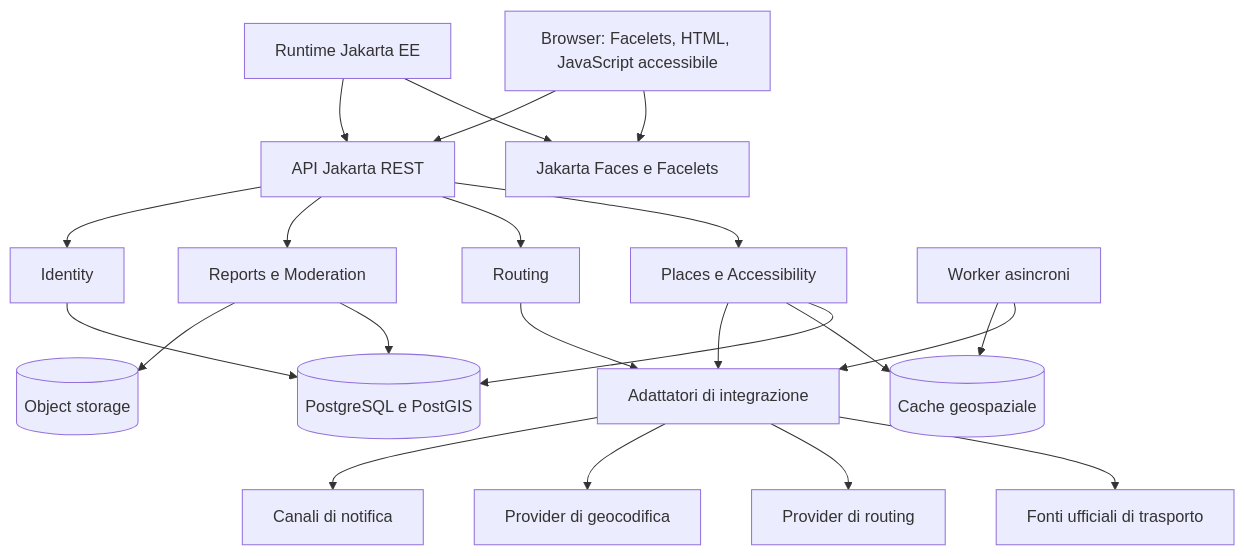
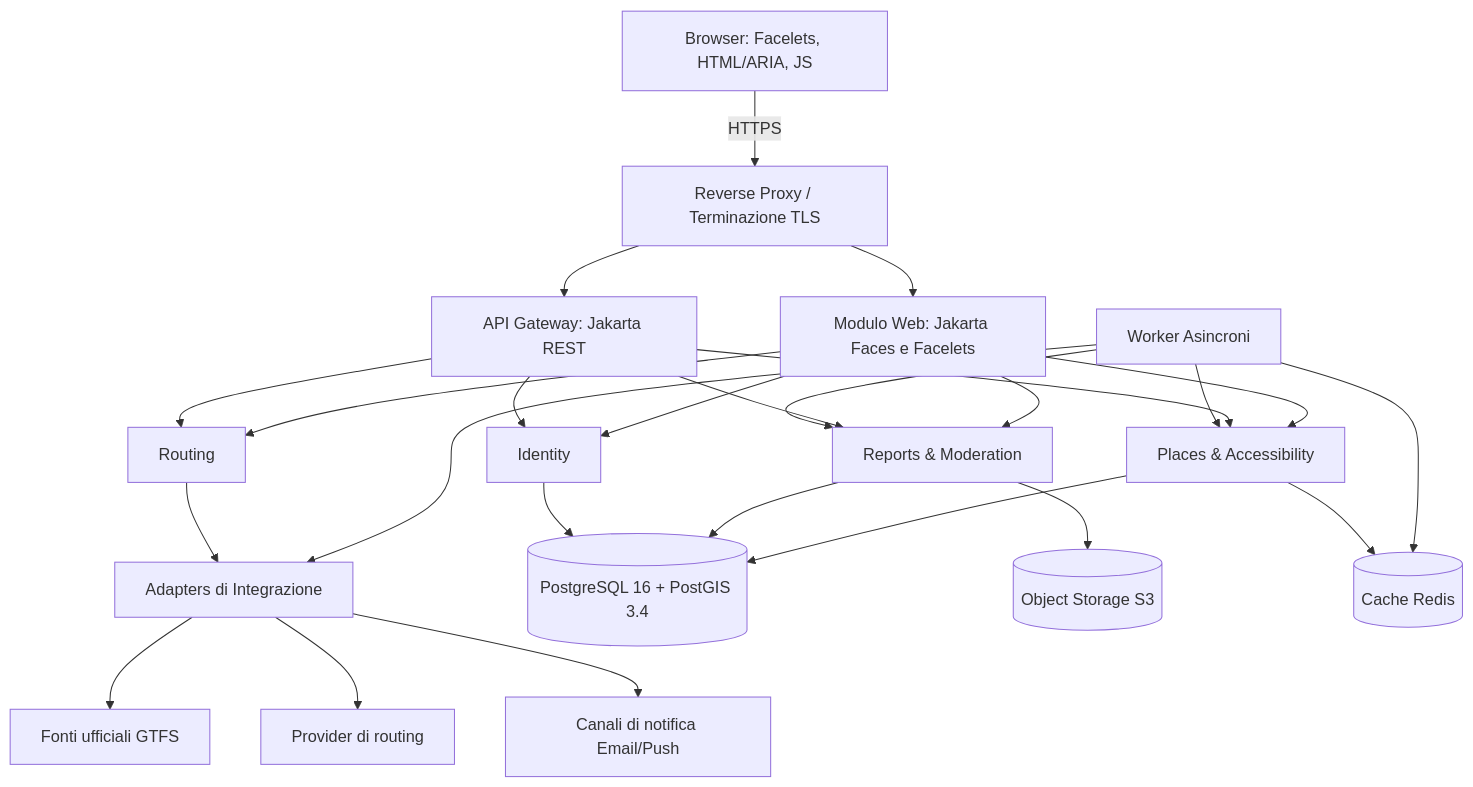
One commit to kairosci/aegis changed the first of 5 diagrams in docs/SDD.md. Above: the diagram before and after it, drawn with Mermaid. The commit also changed other lines of this file, not shown here.

````diff
--- a/docs/SDD.md
+++ b/docs/SDD.md
@@ -114,43 +120,46 @@
 ```mermaid
 flowchart TB
-  accDescr: Browser e runtime si collegano ai moduli, alla persistenza e ai provider esterni tramite adattatori.
-  Browser[Browser: Facelets, HTML, JavaScript accessibile]
-  Runtime[Runtime Jakarta EE]
-  Faces[Jakarta Faces e Facelets]
-  Rest[API Jakarta REST]
-  Places[Places e Accessibility]
+  accTitle: Diagramma dei moduli di AEGIS
+  accDescr: Il browser raggiunge viste Facelets e API REST tramite ingress. I moduli Places, Routing, Reports e Identity usano database, storage e cache. Worker e adattatori di integrazione collegano fonti GTFS, provider di routing e canali di notifica.
+  Browser[Browser: Facelets, HTML/ARIA, JS]
+  Ingress[Reverse Proxy / Terminazione TLS]
+  Faces[Modulo Web: Jakarta Faces e Facelets]
+  Rest[API Gateway: Jakarta REST]
+  Places[Places & Accessibility]
   Routing[Routing]
-  Reports[Reports e Moderation]
+  Reports[Reports & Moderation]
   Identity[Identity]
-  Worker[Worker asincroni]
-  Integrations[Adattatori di integrazione]
-  Database[(PostgreSQL e PostGIS)]
-  Storage[(Object storage)]
-  Cache[(Cache geospaziale)]
-  Transit[Fonti ufficiali di trasporto]
+  Worker[Worker Asincroni]
+  Integrations[Adapters di Integrazione]
+  Database[(PostgreSQL 16 + PostGIS 3.4)]
+  Storage[(Object Storage S3)]
+  Cache[(Cache Redis)]
+  Transit[Fonti ufficiali GTFS]
   RouteProvider[Provider di routing]
-  GeoProvider[Provider di geocodifica]
-  Notify[Canali di notifica]
+  Notify[Canali di notifica Email/Push]
 
-  Browser --> Faces
-  Browser --> Rest
-  Runtime --> Faces
-  Runtime --> Rest
+  Browser -->|HTTPS| Ingress
+  Ingress --> Faces
+  Ingress --> Rest
+  Faces --> Places
+  Faces --> Routing
+  Faces --> Reports
+  Faces --> Identity
   Rest --> Places
   Rest --> Routing
   Rest --> Reports
   Rest --> Identity
+  Worker --> Places
+  Worker --> Reports
   Worker --> Integrations
   Worker --> Cache
   Places --> Database
   Places --> Cache
   Reports --> Database
+  Reports --> Storage
   Identity --> Database
-  Reports --> Storage
-  Places --> Integrations
   Routing --> Integrations
   Integrations --> Transit
   Integrations --> RouteProvider
-  Integrations --> GeoProvider
   Integrations --> Notify
 ```
````
